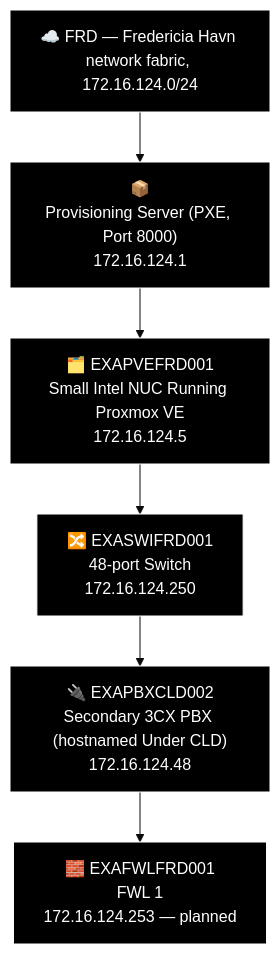
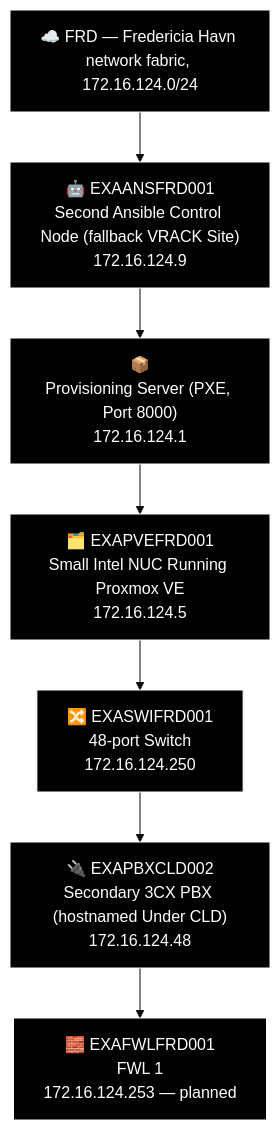
Before and after one commit to knightmare2600/example_music_infra: diagram 21 of 23 in docs/network-diagram/danmark.md, drawn with Mermaid (base theme). The commit also changed 6 other files, not shown here.

First line of the commit message:
Fix [ansiblehosts] bare-IP anti-pattern; add missing FRD ANS devices.csv row

````diff
--- a/docs/network-diagram/danmark.md
+++ b/docs/network-diagram/danmark.md
@@ -872,19 +872,21 @@
 ```mermaid
 %% GENERATED:TOPOLOGY:FRD:START
 %%{init: {'flowchart': {'curve': 'stepAfter'}}}%%
 graph TD
     T_FRD["☁️ FRD — Fredericia Havn network fabric, 172.16.124.0/24"]
+    T_ANS["🤖 EXAANSFRD001<br/>Second Ansible Control Node (fallback VRACK Site)<br/>172.16.124.9"]
     T_TMP["📦<br/>Provisioning Server (PXE, Port 8000)<br/>172.16.124.1"]
     T_PVE["🗂️ EXAPVEFRD001<br/>Small Intel NUC Running Proxmox VE<br/>172.16.124.5"]
     T_SWI["🔀 EXASWIFRD001<br/>48-port Switch<br/>172.16.124.250"]
     T_PBX["🔌 EXAPBXCLD002<br/>Secondary 3CX PBX (hostnamed Under CLD)<br/>172.16.124.48"]
     T_FWL["🧱 EXAFWLFRD001<br/>FWL 1<br/>172.16.124.253 — planned"]
-    T_FRD --> T_TMP --> T_PVE --> T_SWI --> T_PBX --> T_FWL
+    T_FRD --> T_ANS --> T_TMP --> T_PVE --> T_SWI --> T_PBX --> T_FWL
     style T_FRD fill:#000000,stroke:#FFFFFF,color:#FFFFFF
+    style T_ANS fill:#000000,stroke:#FFFFFF,color:#FFFFFF
     style T_TMP fill:#000000,stroke:#FFFFFF,color:#FFFFFF
     style T_PVE fill:#000000,stroke:#FFFFFF,color:#FFFFFF
     style T_SWI fill:#000000,stroke:#FFFFFF,color:#FFFFFF
     style T_PBX fill:#000000,stroke:#FFFFFF,color:#FFFFFF
     style T_FWL fill:#000000,stroke:#FFFFFF,color:#FFFFFF
 %% GENERATED:TOPOLOGY:FRD:END
 ```
````
